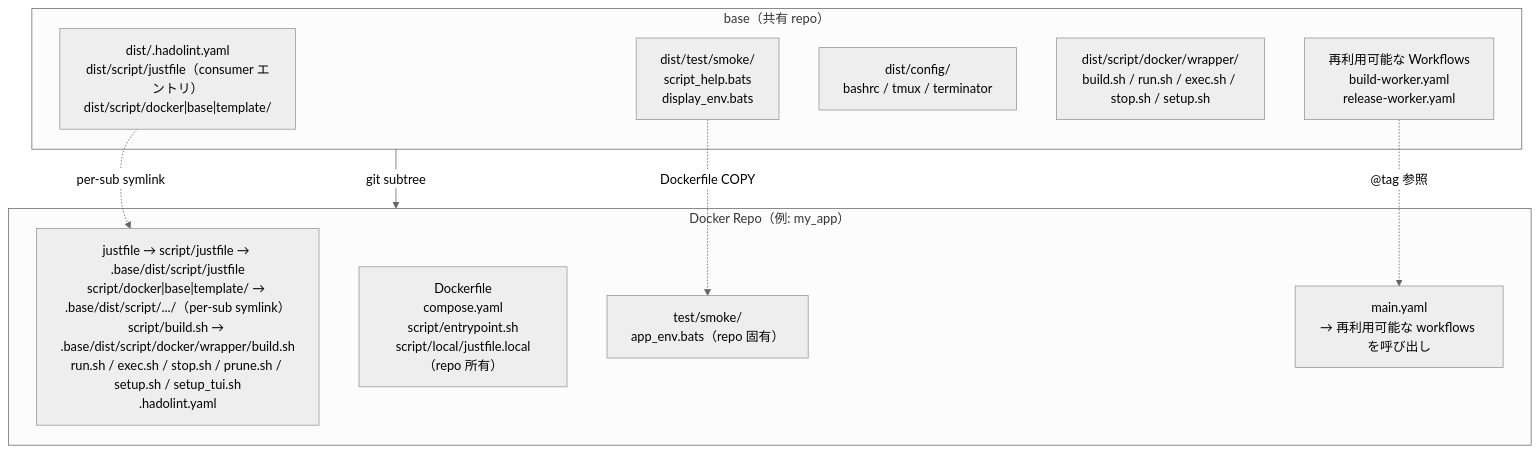
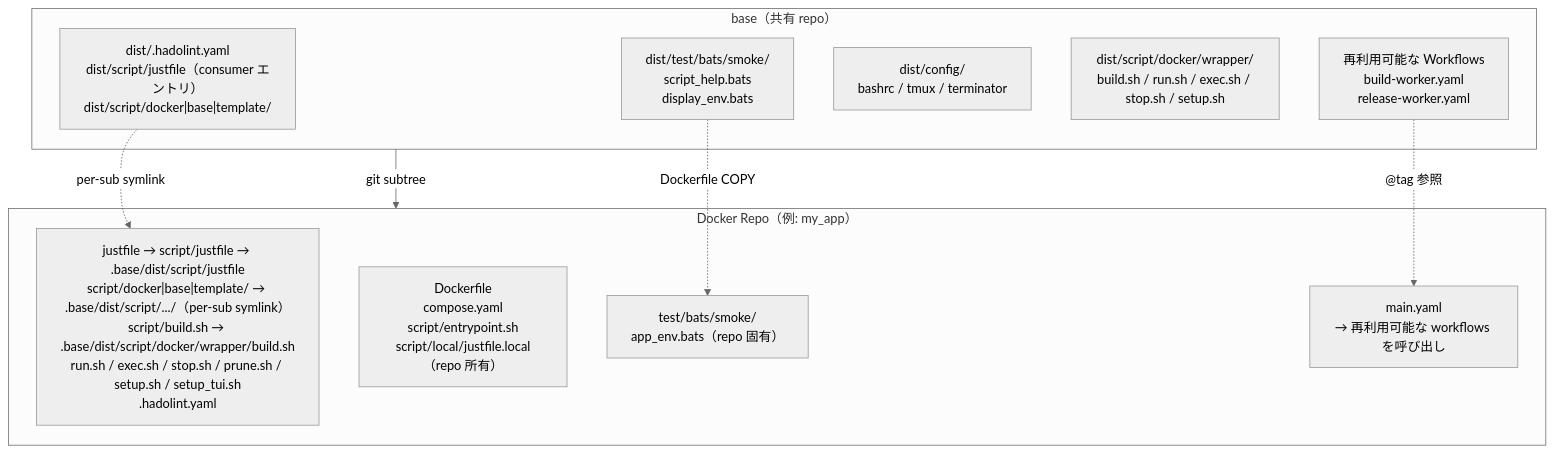
The first of 2 diagrams in doc/readme/README.ja.md (ycpss91255-docker/base), drawn with Mermaid (neutral theme) before and after one commit. The commit also changed other lines of this file and 20 other files, not shown here.

First line of the commit message:
refactor(smoke): dist tool-first per-stage smoke layout (S3, closes #783) (#790)

````diff
--- a/doc/readme/README.ja.md
+++ b/doc/readme/README.ja.md
@@ -81,22 +81,22 @@
 ```mermaid
 graph TB
     subgraph base["base（共有 repo）"]
         scripts["dist/.hadolint.yaml<br/>dist/script/justfile（consumer エントリ）<br/>dist/script/docker|base|template/"]
-        smoke["dist/test/smoke/<br/>script_help.bats<br/>display_env.bats"]
+        smoke["dist/test/bats/smoke/<br/>script_help.bats<br/>display_env.bats"]
         config["dist/config/<br/>bashrc / tmux / terminator"]
         mgmt["dist/script/docker/wrapper/<br/>build.sh / run.sh / exec.sh / stop.sh / setup.sh"]
         workflows["再利用可能な Workflows<br/>build-worker.yaml<br/>release-worker.yaml"]
     end
 
     subgraph consumer["Docker Repo（例: my_app）"]
         symlinks["justfile → script/justfile → .base/dist/script/justfile<br/>script/docker|base|template/ → .base/dist/script/.../（per-sub symlink）<br/>script/build.sh → .base/dist/script/docker/wrapper/build.sh<br/>run.sh / exec.sh / stop.sh / prune.sh / setup.sh / setup_tui.sh<br/>.hadolint.yaml"]
         dockerfile["Dockerfile<br/>compose.yaml<br/>script/entrypoint.sh<br/>script/local/justfile.local（repo 所有）"]
-        repo_test["test/smoke/<br/>app_env.bats（repo 固有）"]
+        repo_test["test/bats/smoke/<br/>app_env.bats（repo 固有）"]
         main_yaml["main.yaml<br/>→ 再利用可能な workflows を呼び出し"]
     end
 
     base -- "git subtree" --> consumer
     scripts -. "per-sub symlink" .-> symlinks
     smoke -. "Dockerfile COPY" .-> repo_test
     workflows -. "@tag 参照" .-> main_yaml
 ```
````
